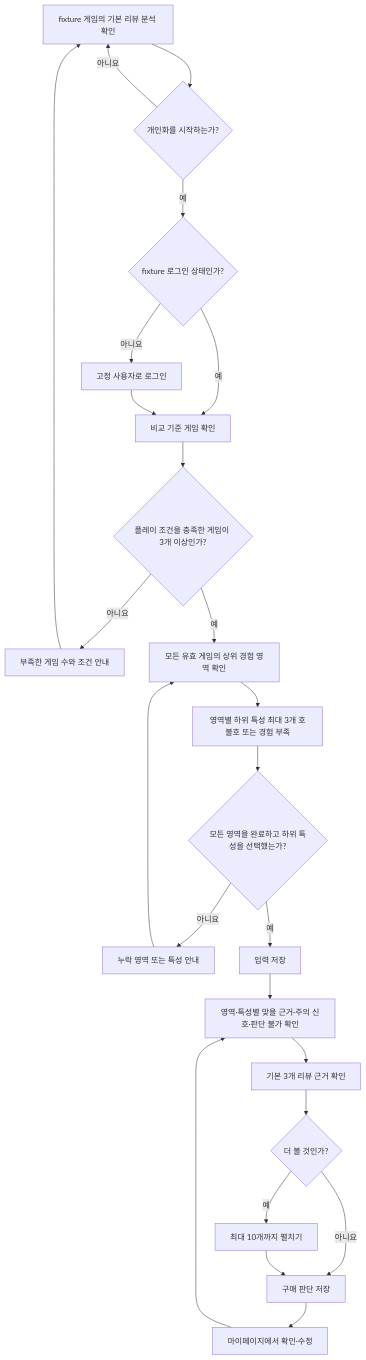
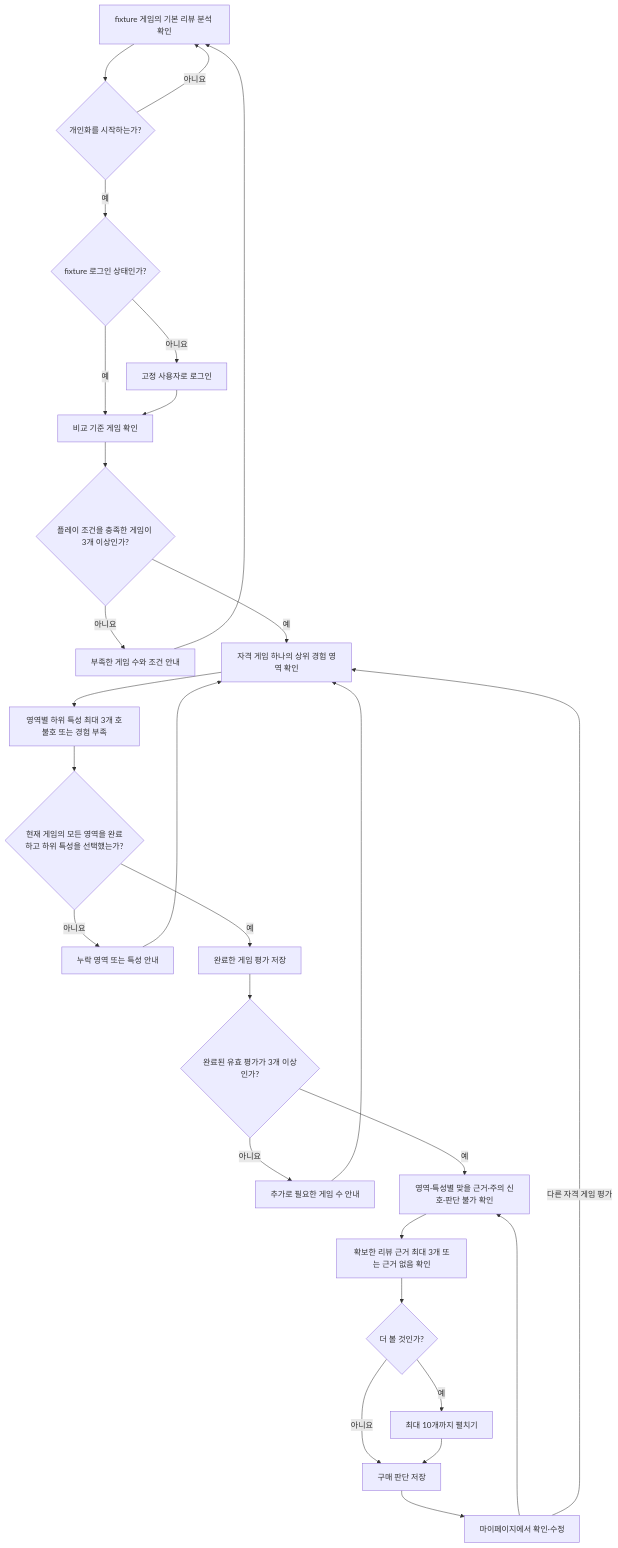
The diagram in docs/product/user-flow.md (nickwildee/nextquest), drawn with Mermaid before and after one commit. The commit also changed other lines of this file and 4 other files, not shown here.

````diff
--- a/docs/product/user-flow.md
+++ b/docs/product/user-flow.md
@@ -7,26 +7,30 @@
 ```mermaid
 flowchart TD
     A["fixture 게임의 기본 리뷰 분석 확인"] --> B{"개인화를 시작하는가?"}
     B -->|아니요| A
     B -->|예| C{"fixture 로그인 상태인가?"}
     C -->|아니요| D["고정 사용자로 로그인"]
     C -->|예| E["비교 기준 게임 확인"]
     D --> E
     E --> F{"플레이 조건을 충족한 게임이 3개 이상인가?"}
     F -->|아니요| G["부족한 게임 수와 조건 안내"]
     G --> A
-    F -->|예| H["모든 유효 게임의 상위 경험 영역 확인"]
+    F -->|예| H["자격 게임 하나의 상위 경험 영역 확인"]
     H --> I["영역별 하위 특성 최대 3개 호불호 또는 경험 부족"]
-    I --> R{"모든 영역을 완료하고 하위 특성을 선택했는가?"}
+    I --> R{"현재 게임의 모든 영역을 완료하고 하위 특성을 선택했는가?"}
     R -->|아니요| J["누락 영역 또는 특성 안내"]
     J --> H
-    R -->|예| K["입력 저장"]
-    K --> L["영역·특성별 맞을 근거·주의 신호·판단 불가 확인"]
-    L --> M["기본 3개 리뷰 근거 확인"]
+    R -->|예| K["완료한 게임 평가 저장"]
+    K --> S{"완료된 유효 평가가 3개 이상인가?"}
+    S -->|아니요| T["추가로 필요한 게임 수 안내"]
+    T --> H
+    S -->|예| L["영역·특성별 맞을 근거·주의 신호·판단 불가 확인"]
+    L --> M["확보한 리뷰 근거 최대 3개 또는 근거 없음 확인"]
     M --> N{"더 볼 것인가?"}
     N -->|예| O["최대 10개까지 펼치기"]
     N -->|아니요| P["구매 판단 저장"]
     O --> P
     P --> Q["마이페이지에서 확인·수정"]
     Q --> L
+    Q -->|다른 자격 게임 평가| H
 ```
````
